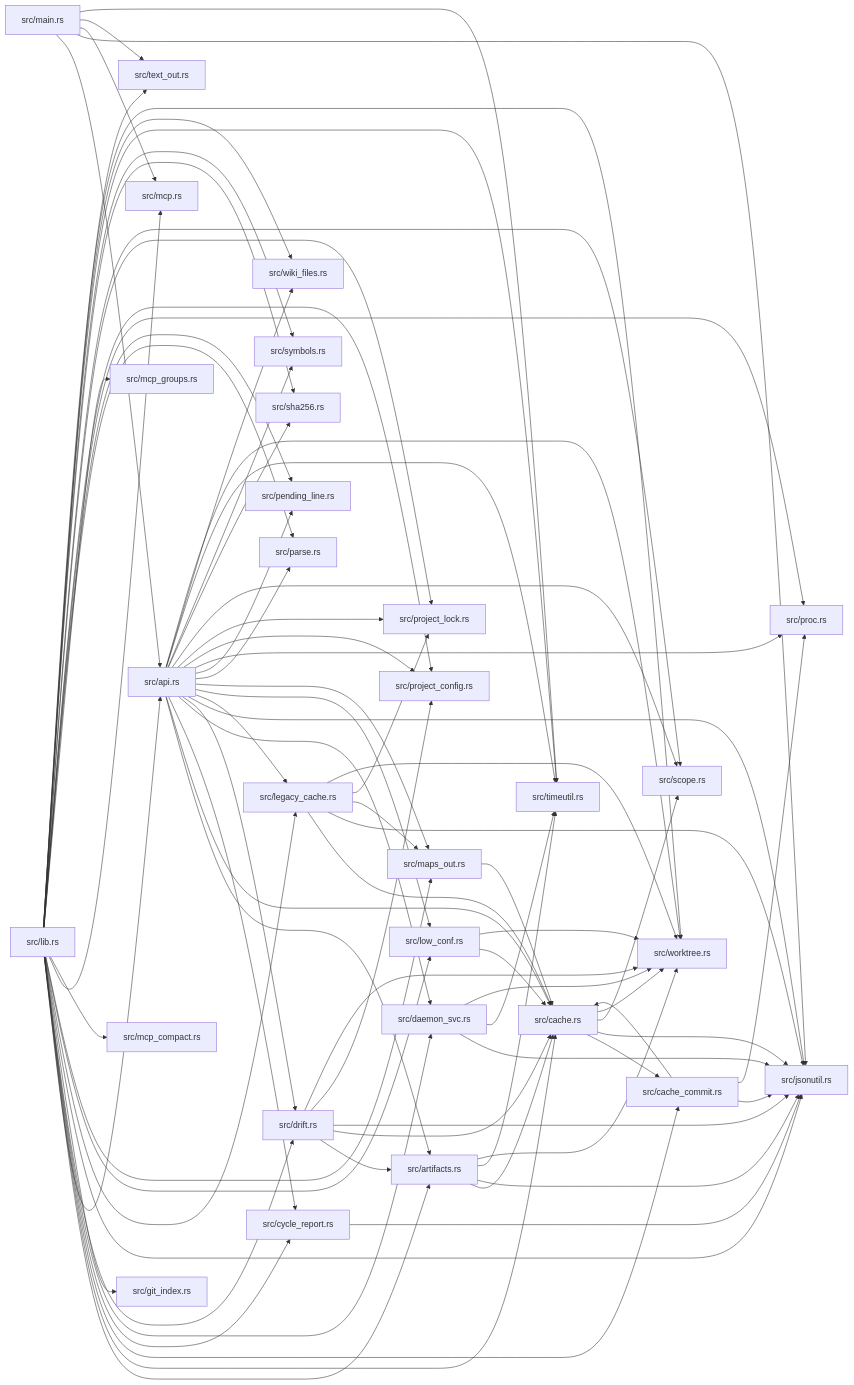
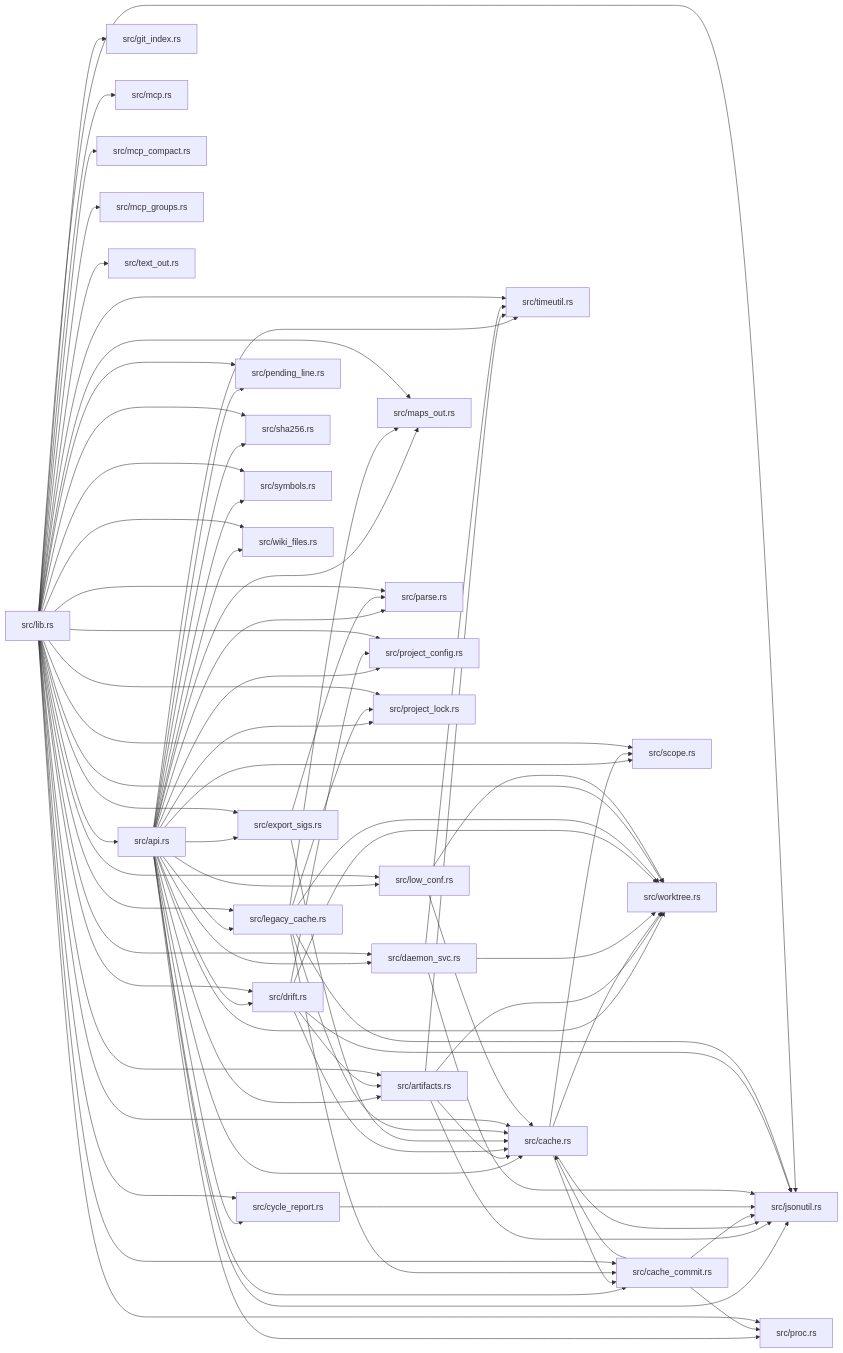
Before and after one commit to IronAdamant/wikifier: the diagram in library.md, drawn with Mermaid. The commit also changed other lines of this file and 32 other files, not shown here.

````diff
--- a/library.md
+++ b/library.md
@@ -62,82 +65,82 @@
 flowchart LR
   n0["src/api.rs"] --> n1["src/artifacts.rs"]
   n0["src/api.rs"] --> n2["src/cache.rs"]
-  n0["src/api.rs"] --> n3["src/cycle_report.rs"]
-  n0["src/api.rs"] --> n4["src/daemon_svc.rs"]
-  n0["src/api.rs"] --> n5["src/drift.rs"]
-  n0["src/api.rs"] --> n6["src/jsonutil.rs"]
-  n0["src/api.rs"] --> n7["src/legacy_cache.rs"]
-  n0["src/api.rs"] --> n8["src/low_conf.rs"]
-  n0["src/api.rs"] --> n9["src/maps_out.rs"]
-  n0["src/api.rs"] --> n10["src/parse.rs"]
-  n0["src/api.rs"] --> n11["src/pending_line.rs"]
-  n0["src/api.rs"] --> n12["src/proc.rs"]
-  n0["src/api.rs"] --> n13["src/project_config.rs"]
-  n0["src/api.rs"] --> n14["src/project_lock.rs"]
-  n0["src/api.rs"] --> n15["src/scope.rs"]
-  n0["src/api.rs"] --> n16["src/sha256.rs"]
-  n0["src/api.rs"] --> n17["src/symbols.rs"]
-  n0["src/api.rs"] --> n18["src/timeutil.rs"]
-  n0["src/api.rs"] --> n19["src/wiki_files.rs"]
-  n0["src/api.rs"] --> n20["src/worktree.rs"]
+  n0["src/api.rs"] --> n3["src/cache_commit.rs"]
+  n0["src/api.rs"] --> n4["src/cycle_report.rs"]
+  n0["src/api.rs"] --> n5["src/daemon_svc.rs"]
+  n0["src/api.rs"] --> n6["src/drift.rs"]
+  n0["src/api.rs"] --> n7["src/export_sigs.rs"]
+  n0["src/api.rs"] --> n8["src/jsonutil.rs"]
+  n0["src/api.rs"] --> n9["src/legacy_cache.rs"]
+  n0["src/api.rs"] --> n10["src/low_conf.rs"]
+  n0["src/api.rs"] --> n11["src/maps_out.rs"]
+  n0["src/api.rs"] --> n12["src/parse.rs"]
+  n0["src/api.rs"] --> n13["src/pending_line.rs"]
+  n0["src/api.rs"] --> n14["src/proc.rs"]
+  n0["src/api.rs"] --> n15["src/project_config.rs"]
+  n0["src/api.rs"] --> n16["src/project_lock.rs"]
+  n0["src/api.rs"] --> n17["src/scope.rs"]
+  n0["src/api.rs"] --> n18["src/sha256.rs"]
+  n0["src/api.rs"] --> n19["src/symbols.rs"]
+  n0["src/api.rs"] --> n20["src/timeutil.rs"]
+  n0["src/api.rs"] --> n21["src/wiki_files.rs"]
+  n0["src/api.rs"] --> n22["src/worktree.rs"]
   n1["src/artifacts.rs"] --> n2["src/cache.rs"]
-  n1["src/artifacts.rs"] --> n6["src/jsonutil.rs"]
-  n1["src/artifacts.rs"] --> n18["src/timeutil.rs"]
-  n1["src/artifacts.rs"] --> n20["src/worktree.rs"]
-  n2["src/cache.rs"] --> n21["src/cache_commit.rs"]
-  n2["src/cache.rs"] --> n6["src/jsonutil.rs"]
-  n2["src/cache.rs"] --> n15["src/scope.rs"]
-  n2["src/cache.rs"] --> n20["src/worktree.rs"]
-  n21["src/cache_commit.rs"] --> n2["src/cache.rs"]
-  n21["src/cache_commit.rs"] --> n6["src/jsonutil.rs"]
-  n21["src/cache_commit.rs"] --> n12["src/proc.rs"]
-  n3["src/cycle_report.rs"] --> n6["src/jsonutil.rs"]
-  n4["src/daemon_svc.rs"] --> n6["src/jsonutil.rs"]
-  n4["src/daemon_svc.rs"] --> n18["src/timeutil.rs"]
-  n4["src/daemon_svc.rs"] --> n20["src/worktree.rs"]
-  n5["src/drift.rs"] --> n1["src/artifacts.rs"]
-  n5["src/drift.rs"] --> n2["src/cache.rs"]
-  n5["src/drift.rs"] --> n6["src/jsonutil.rs"]
-  n5["src/drift.rs"] --> n13["src/project_config.rs"]
-  n5["src/drift.rs"] --> n20["src/worktree.rs"]
-  n7["src/legacy_cache.rs"] --> n2["src/cache.rs"]
-  n7["src/legacy_cache.rs"] --> n6["src/jsonutil.rs"]
-  n7["src/legacy_cache.rs"] --> n9["src/maps_out.rs"]
-  n7["src/legacy_cache.rs"] --> n14["src/project_lock.rs"]
-  n7["src/legacy_cache.rs"] --> n20["src/worktree.rs"]
-  n22["src/lib.rs"] --> n0["src/api.rs"]
-  n22["src/lib.rs"] --> n1["src/artifacts.rs"]
-  n22["src/lib.rs"] --> n2["src/cache.rs"]
-  n22["src/lib.rs"] --> n21["src/cache_commit.rs"]
-  n22["src/lib.rs"] --> n3["src/cycle_report.rs"]
-  n22["src/lib.rs"] --> n4["src/daemon_svc.rs"]
-  n22["src/lib.rs"] --> n5["src/drift.rs"]
-  n22["src/lib.rs"] --> n23["src/git_index.rs"]
-  n22["src/lib.rs"] --> n6["src/jsonutil.rs"]
-  n22["src/lib.rs"] --> n7["src/legacy_cache.rs"]
-  n22["src/lib.rs"] --> n8["src/low_conf.rs"]
-  n22["src/lib.rs"] --> n9["src/maps_out.rs"]
-  n22["src/lib.rs"] --> n24["src/mcp.rs"]
-  n22["src/lib.rs"] --> n25["src/mcp_compact.rs"]
-  n22["src/lib.rs"] --> n26["src/mcp_groups.rs"]
-  n22["src/lib.rs"] --> n10["src/parse.rs"]
-  n22["src/lib.rs"] --> n11["src/pending_line.rs"]
-  n22["src/lib.rs"] --> n12["src/proc.rs"]
-  n22["src/lib.rs"] --> n13["src/project_config.rs"]
-  n22["src/lib.rs"] --> n14["src/project_lock.rs"]
-  n22["src/lib.rs"] --> n15["src/scope.rs"]
-  n22["src/lib.rs"] --> n16["src/sha256.rs"]
-  n22["src/lib.rs"] --> n17["src/symbols.rs"]
-  n22["src/lib.rs"] --> n27["src/text_out.rs"]
-  n22["src/lib.rs"] --> n18["src/timeutil.rs"]
-  n22["src/lib.rs"] --> n19["src/wiki_files.rs"]
-  n22["src/lib.rs"] --> n20["src/worktree.rs"]
-  n8["src/low_conf.rs"] --> n2["src/cache.rs"]
-  n8["src/low_conf.rs"] --> n20["src/worktree.rs"]
-  n28["src/main.rs"] --> n0["src/api.rs"]
-  n28["src/main.rs"] --> n6["src/jsonutil.rs"]
-  n28["src/main.rs"] --> n24["src/mcp.rs"]
-  n28["src/main.rs"] --> n27["src/text_out.rs"]
-  n28["src/main.rs"] --> n18["src/timeutil.rs"]
-  n9["src/maps_out.rs"] --> n2["src/cache.rs"]
+  n1["src/artifacts.rs"] --> n8["src/jsonutil.rs"]
+  n1["src/artifacts.rs"] --> n20["src/timeutil.rs"]
+  n1["src/artifacts.rs"] --> n22["src/worktree.rs"]
+  n2["src/cache.rs"] --> n3["src/cache_commit.rs"]
+  n2["src/cache.rs"] --> n8["src/jsonutil.rs"]
+  n2["src/cache.rs"] --> n17["src/scope.rs"]
+  n2["src/cache.rs"] --> n22["src/worktree.rs"]
+  n3["src/cache_commit.rs"] --> n2["src/cache.rs"]
+  n3["src/cache_commit.rs"] --> n8["src/jsonutil.rs"]
+  n3["src/cache_commit.rs"] --> n14["src/proc.rs"]
+  n4["src/cycle_report.rs"] --> n8["src/jsonutil.rs"]
+  n5["src/daemon_svc.rs"] --> n8["src/jsonutil.rs"]
+  n5["src/daemon_svc.rs"] --> n20["src/timeutil.rs"]
+  n5["src/daemon_svc.rs"] --> n22["src/worktree.rs"]
+  n6["src/drift.rs"] --> n1["src/artifacts.rs"]
+  n6["src/drift.rs"] --> n2["src/cache.rs"]
+  n6["src/drift.rs"] --> n8["src/jsonutil.rs"]
+  n6["src/drift.rs"] --> n15["src/project_config.rs"]
+  n6["src/drift.rs"] --> n22["src/worktree.rs"]
+  n7["src/export_sigs.rs"] --> n2["src/cache.rs"]
+  n7["src/export_sigs.rs"] --> n12["src/parse.rs"]
+  n9["src/legacy_cache.rs"] --> n2["src/cache.rs"]
+  n9["src/legacy_cache.rs"] --> n3["src/cache_commit.rs"]
+  n9["src/legacy_cache.rs"] --> n8["src/jsonutil.rs"]
+  n9["src/legacy_cache.rs"] --> n11["src/maps_out.rs"]
+  n9["src/legacy_cache.rs"] --> n16["src/project_lock.rs"]
+  n9["src/legacy_cache.rs"] --> n22["src/worktree.rs"]
+  n23["src/lib.rs"] --> n0["src/api.rs"]
+  n23["src/lib.rs"] --> n1["src/artifacts.rs"]
+  n23["src/lib.rs"] --> n2["src/cache.rs"]
+  n23["src/lib.rs"] --> n3["src/cache_commit.rs"]
+  n23["src/lib.rs"] --> n4["src/cycle_report.rs"]
+  n23["src/lib.rs"] --> n5["src/daemon_svc.rs"]
+  n23["src/lib.rs"] --> n6["src/drift.rs"]
+  n23["src/lib.rs"] --> n7["src/export_sigs.rs"]
+  n23["src/lib.rs"] --> n24["src/git_index.rs"]
+  n23["src/lib.rs"] --> n8["src/jsonutil.rs"]
+  n23["src/lib.rs"] --> n9["src/legacy_cache.rs"]
+  n23["src/lib.rs"] --> n10["src/low_conf.rs"]
+  n23["src/lib.rs"] --> n11["src/maps_out.rs"]
+  n23["src/lib.rs"] --> n25["src/mcp.rs"]
+  n23["src/lib.rs"] --> n26["src/mcp_compact.rs"]
+  n23["src/lib.rs"] --> n27["src/mcp_groups.rs"]
+  n23["src/lib.rs"] --> n12["src/parse.rs"]
+  n23["src/lib.rs"] --> n13["src/pending_line.rs"]
+  n23["src/lib.rs"] --> n14["src/proc.rs"]
+  n23["src/lib.rs"] --> n15["src/project_config.rs"]
+  n23["src/lib.rs"] --> n16["src/project_lock.rs"]
+  n23["src/lib.rs"] --> n17["src/scope.rs"]
+  n23["src/lib.rs"] --> n18["src/sha256.rs"]
+  n23["src/lib.rs"] --> n19["src/symbols.rs"]
+  n23["src/lib.rs"] --> n28["src/text_out.rs"]
+  n23["src/lib.rs"] --> n20["src/timeutil.rs"]
+  n23["src/lib.rs"] --> n21["src/wiki_files.rs"]
+  n23["src/lib.rs"] --> n22["src/worktree.rs"]
+  n10["src/low_conf.rs"] --> n2["src/cache.rs"]
+  n10["src/low_conf.rs"] --> n22["src/worktree.rs"]
 ```
````
